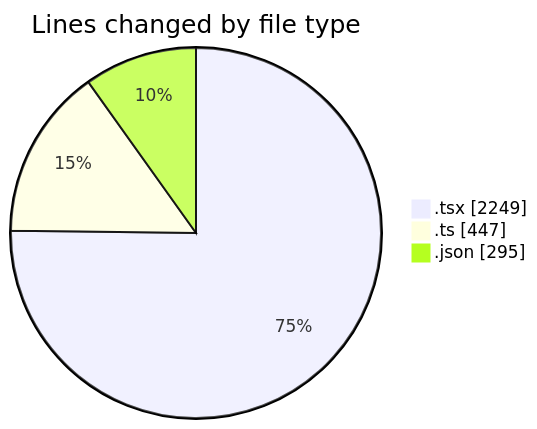
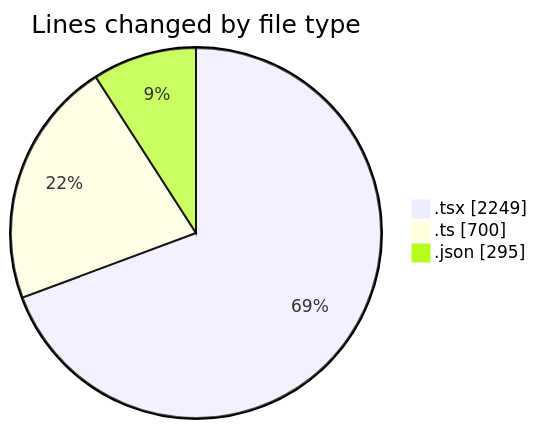
The first of 2 diagrams in 2025-10-09/eventscop-frontend-guide__workspace_/README.md (julien-gomy/code-tracking), drawn with Mermaid before and after one commit. The commit also changed other lines of this file and 1 other file, not shown here.

````diff
--- a/2025-10-09/eventscop-frontend-guide__workspace_/README.md
+++ b/2025-10-09/eventscop-frontend-guide__workspace_/README.md
@@ -34,7 +36,7 @@
 ```mermaid
 pie showData
 title Lines changed by file type
 ".tsx" : 2249
-".ts" : 447
+".ts" : 700
 ".json" : 295
 ```
````
